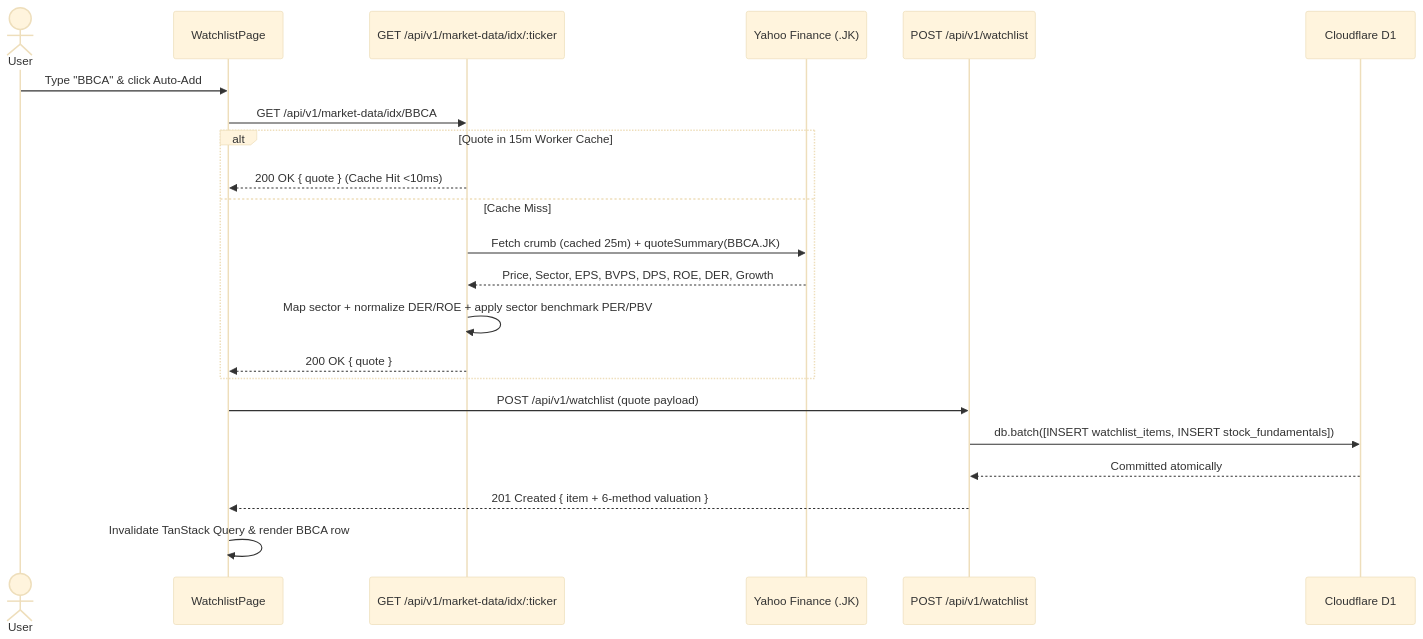
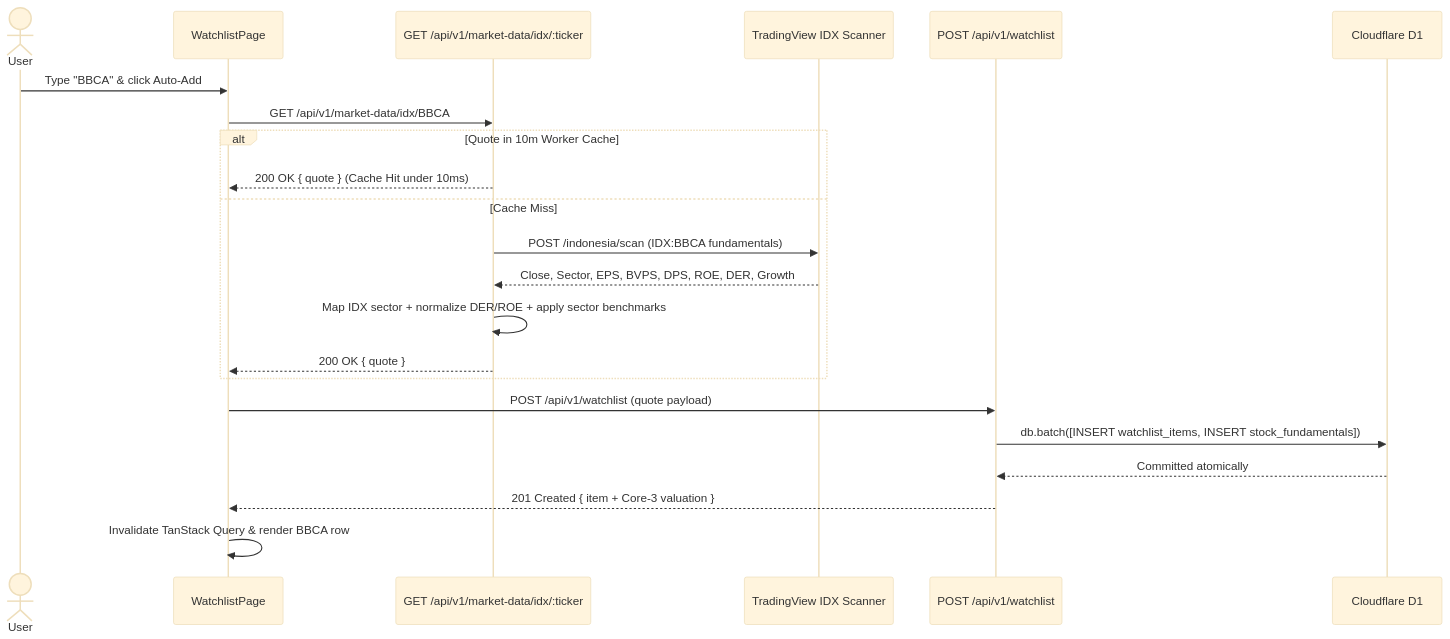
One commit to charlybutar21/stock-mate-v2 changed the fifth of 5 diagrams in README.md. Above: the diagram before and after it, drawn with Mermaid (base theme). The commit also changed other lines of this file, not shown here.

Commit message:
docs(readme): fix Mermaid sequenceDiagram render error & sync latest architecture/features

````diff
--- a/README.md
+++ b/README.md
@@ -255,25 +257,25 @@
 ```mermaid
 sequenceDiagram
     actor User
     participant SPA as WatchlistPage
     participant MarketAPI as GET /api/v1/market-data/idx/:ticker
-    participant Yahoo as Yahoo Finance (.JK)
+    participant TV as TradingView IDX Scanner
     participant WatchAPI as POST /api/v1/watchlist
     participant D1 as Cloudflare D1
 
     User->>SPA: Type "BBCA" & click Auto-Add
     SPA->>MarketAPI: GET /api/v1/market-data/idx/BBCA
-    alt Quote in 15m Worker Cache
-        MarketAPI-->>SPA: 200 OK { quote } (Cache Hit <10ms)
+    alt Quote in 10m Worker Cache
+        MarketAPI-->>SPA: 200 OK { quote } (Cache Hit under 10ms)
     else Cache Miss
-        MarketAPI->>Yahoo: Fetch crumb (cached 25m) + quoteSummary(BBCA.JK)
-        Yahoo-->>MarketAPI: Price, Sector, EPS, BVPS, DPS, ROE, DER, Growth
-        MarketAPI->>MarketAPI: Map sector + normalize DER/ROE + apply sector benchmark PER/PBV
+        MarketAPI->>TV: POST /indonesia/scan (IDX:BBCA fundamentals)
+        TV-->>MarketAPI: Close, Sector, EPS, BVPS, DPS, ROE, DER, Growth
+        MarketAPI->>MarketAPI: Map IDX sector + normalize DER/ROE + apply sector benchmarks
         MarketAPI-->>SPA: 200 OK { quote }
     end
     SPA->>WatchAPI: POST /api/v1/watchlist (quote payload)
     WatchAPI->>D1: db.batch([INSERT watchlist_items, INSERT stock_fundamentals])
     D1-->>WatchAPI: Committed atomically
-    WatchAPI-->>SPA: 201 Created { item + 6-method valuation }
+    WatchAPI-->>SPA: 201 Created { item + Core-3 valuation }
     SPA->>SPA: Invalidate TanStack Query & render BBCA row
 ```
````
